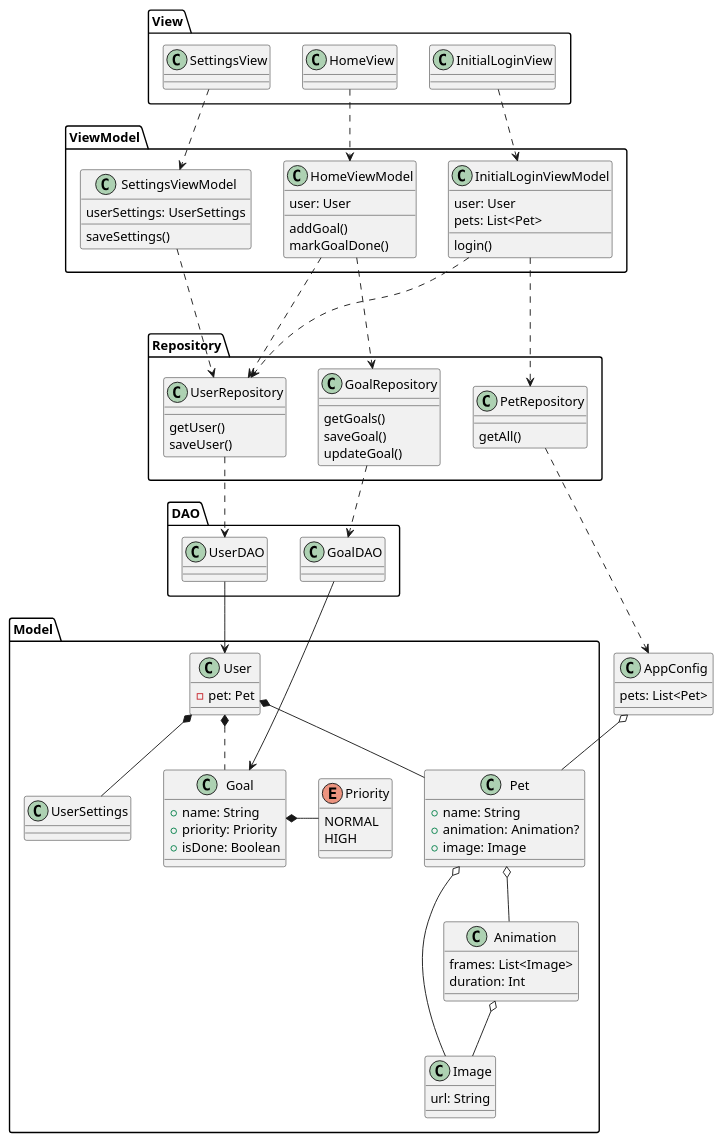
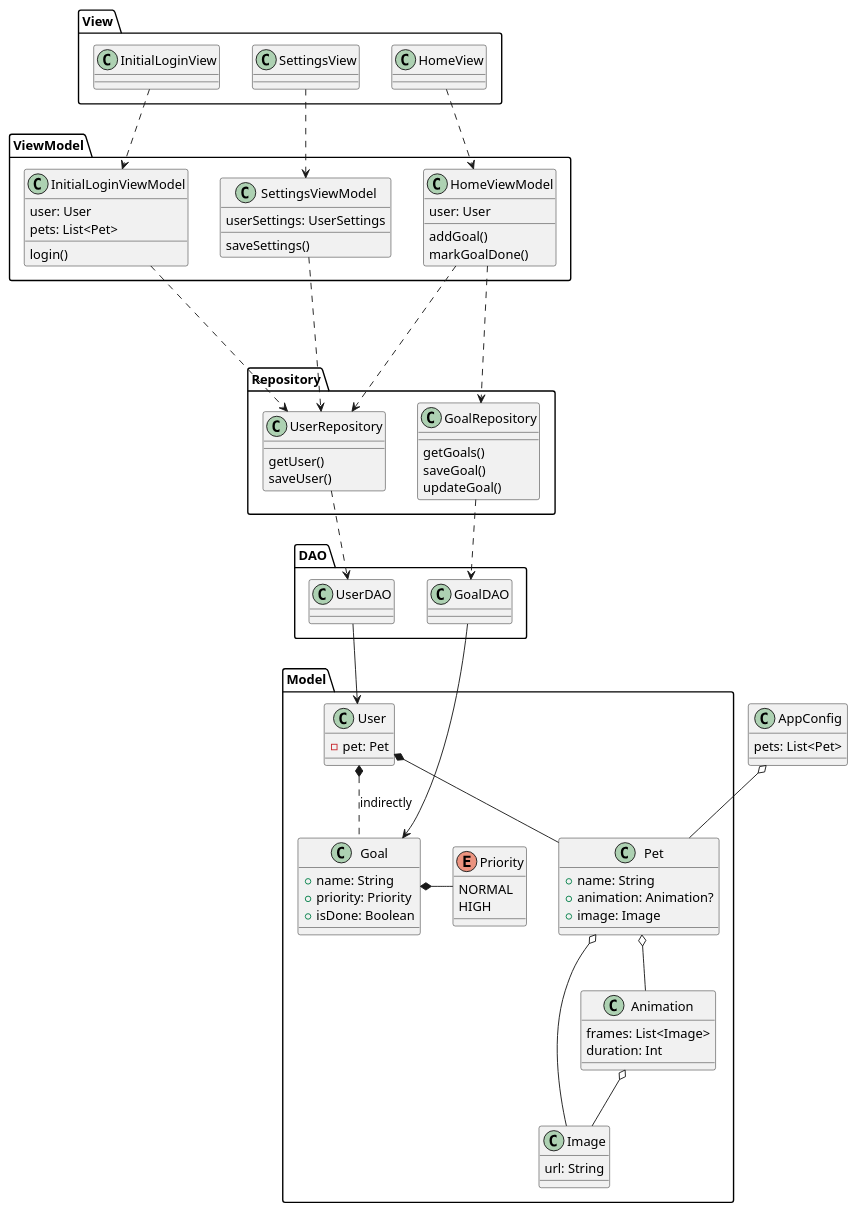
The diagram in docs/class_diagram.puml (HabitHatch/HabitHatchApp), drawn with PlantUML before and after one commit. The commit also changed 22 other files, not shown here.

Commit message:
added Goal Sort Bar View and Functions!

```diff
--- a/docs/class_diagram.puml
+++ b/docs/class_diagram.puml
@@ -1,120 +1,114 @@
 @startuml
 
 
 package Model{
     class Image{
         url: String
     }
 
     class Animation{
         frames: List<Image>
         duration: Int
     }
 
     class User {
         - pet: Pet
     }
 
 
     class Pet {
         + name: String
         + animation: Animation?
         + image: Image
     }
 
     enum Priority {
         NORMAL
         HIGH
     }
 
     class Goal {
         + name: String
         + priority: Priority
         + isDone: Boolean
     }
 
     Goal *- Priority
     User *-- Pet
-    User *.. Goal
-    User *-- UserSettings
+    User *.. Goal: "indirectly"
     Pet o-- Image
     Pet o-- Animation
     Animation o-- Image
 }
 
 package View{
     class InitialLoginView{
     }
 
     class HomeView {
     }
 
     class SettingsView{
     }
 }
 
 package ViewModel{
     class InitialLoginViewModel{
         login()
         user: User
         pets: List<Pet>
     }
     class HomeViewModel {
         addGoal()
         markGoalDone()
         user: User
     }
     class SettingsViewModel{
         userSettings: UserSettings
         saveSettings()
     }
 }
 
 package Repository{
     class UserRepository {
         getUser()
         saveUser()
     }
-    class PetRepository{
-        getAll()
-    }
 
     class GoalRepository {
         getGoals()
         saveGoal()
         updateGoal()
     }
 }
 package DAO{
     class UserDAO
 
 
     class GoalDAO
 }
 
 class AppConfig{
     pets: List<Pet>
 }
 
 AppConfig o-- Pet
 InitialLoginView .down.> InitialLoginViewModel
 HomeView .down.> HomeViewModel
 SettingsView .down.> SettingsViewModel
 
 InitialLoginViewModel .down..> UserRepository
-InitialLoginViewModel .down..> PetRepository
 
 HomeViewModel .down> GoalRepository
 HomeViewModel .down> UserRepository
 
 SettingsViewModel .down.> UserRepository
 
 
 UserRepository ..down> UserDAO
 GoalRepository ..down> GoalDAO
-PetRepository ..down> AppConfig
 
 
 UserDAO -down-> User
 GoalDAO -down-> Goal
 @enduml
```
